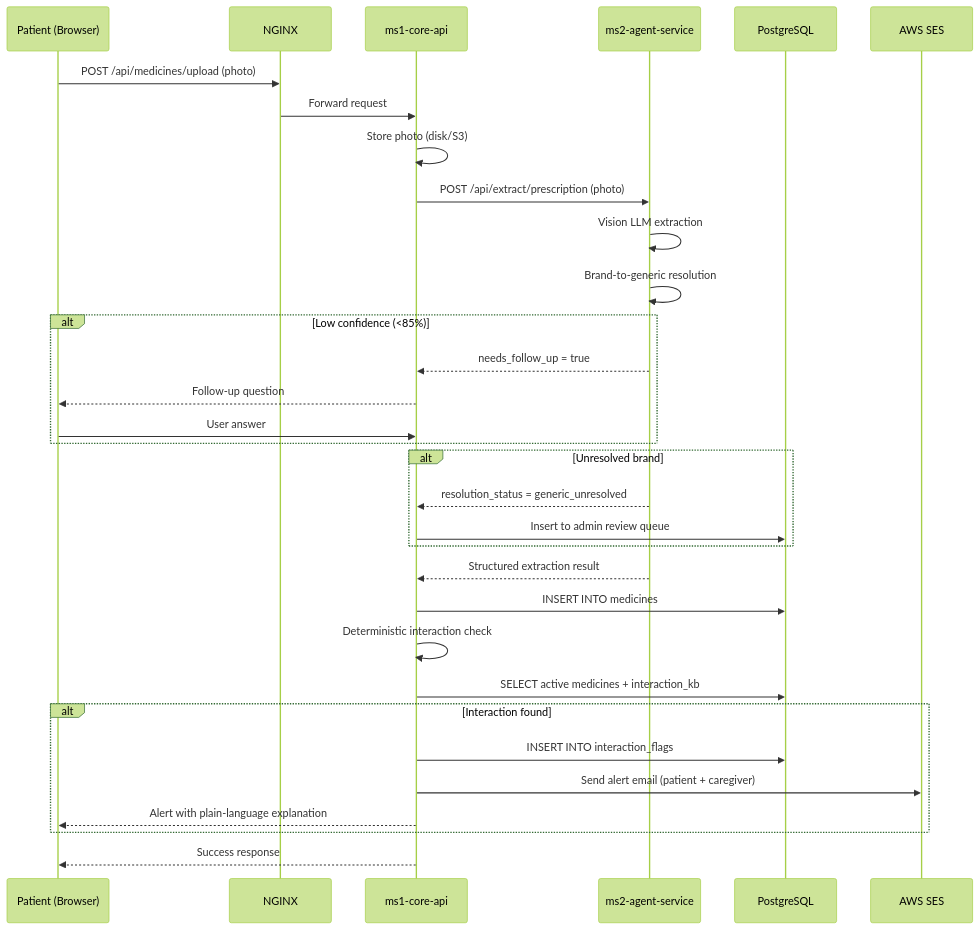
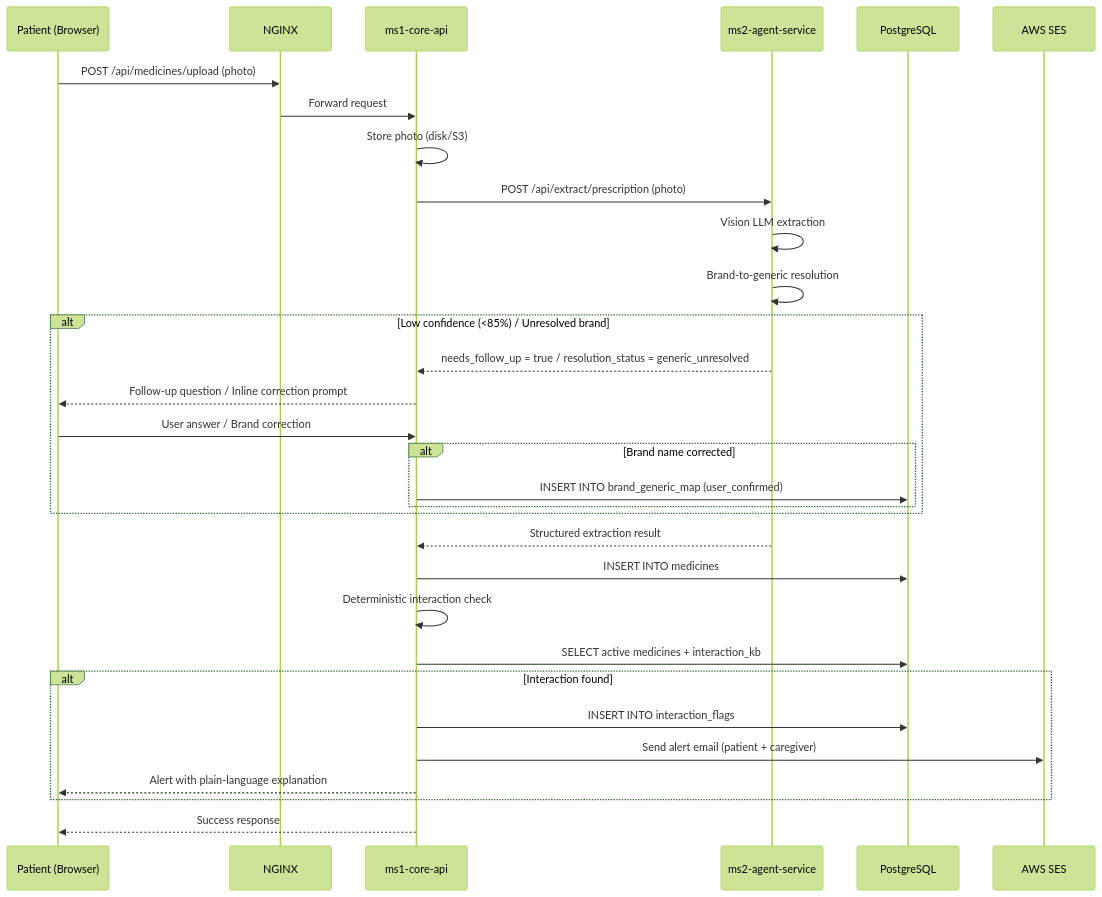
Before and after one commit to Sarveshero3/MedGuard: the third of 4 diagrams in docs/architecture.md, drawn with Mermaid (forest theme). The commit also changed other lines of this file and 21 other files, not shown here.

````diff
--- a/docs/architecture.md
+++ b/docs/architecture.md
@@ -125,40 +125,38 @@
 ```mermaid
 sequenceDiagram
     participant U as Patient (Browser)
     participant N as NGINX
     participant M1 as ms1-core-api
     participant M2 as ms2-agent-service
     participant DB as PostgreSQL
     participant E as AWS SES
 
     U->>N: POST /api/medicines/upload (photo)
     N->>M1: Forward request
     M1->>M1: Store photo (disk/S3)
     M1->>M2: POST /api/extract/prescription (photo)
     M2->>M2: Vision LLM extraction
     M2->>M2: Brand-to-generic resolution
 
-    alt Low confidence (<85%)
-        M2-->>M1: needs_follow_up = true
-        M1-->>U: Follow-up question
-        U->>M1: User answer
-    end
-
-    alt Unresolved brand
-        M2-->>M1: resolution_status = generic_unresolved
-        M1->>DB: Insert to admin review queue
+    alt Low confidence (<85%) / Unresolved brand
+        M2-->>M1: needs_follow_up = true / resolution_status = generic_unresolved
+        M1-->>U: Follow-up question / Inline correction prompt
+        U->>M1: User answer / Brand correction
+        alt Brand name corrected
+            M1->>DB: INSERT INTO brand_generic_map (user_confirmed)
+        end
     end
 
     M2-->>M1: Structured extraction result
     M1->>DB: INSERT INTO medicines
     M1->>M1: Deterministic interaction check
     M1->>DB: SELECT active medicines + interaction_kb
 
     alt Interaction found
         M1->>DB: INSERT INTO interaction_flags
         M1->>E: Send alert email (patient + caregiver)
         M1-->>U: Alert with plain-language explanation
     end
 
     M1-->>U: Success response
 ```
````
